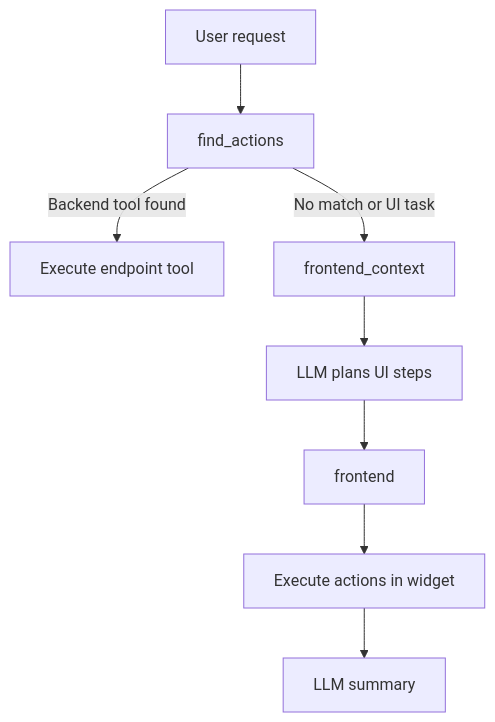
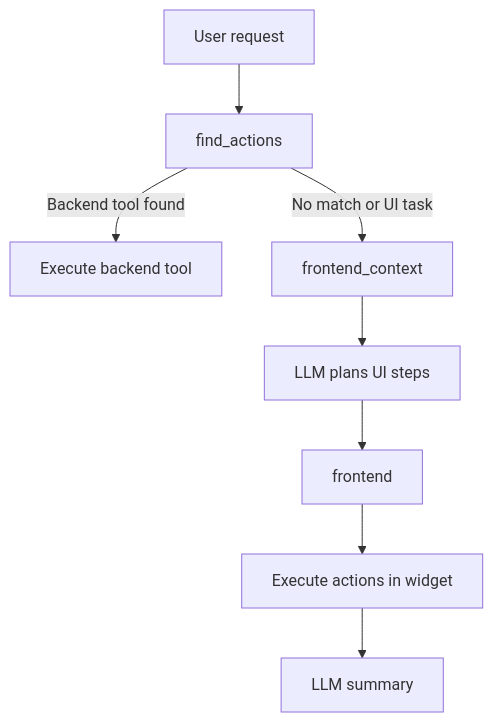
One commit to mostafasudo/warpy changed the second of 2 diagrams in docs/frontend-agent.md. Above: the diagram before and after it, drawn with Mermaid. The commit also changed other lines of this file and 13 other files, not shown here.

Commit message:
feat: Add frontend action support to conversation actions with new schema and service methods

````diff
--- a/docs/frontend-agent.md
+++ b/docs/frontend-agent.md
@@ -44,10 +46,10 @@
 ```mermaid
 flowchart TD
   A[User request] --> B[find_actions]
-  B -->|Backend tool found| C[Execute endpoint tool]
+  B -->|Backend tool found| C[Execute backend tool]
   B -->|No match or UI task| D[frontend_context]
   D --> E[LLM plans UI steps]
   E --> F[frontend]
   F --> G[Execute actions in widget]
   G --> H[LLM summary]
 ```
````
